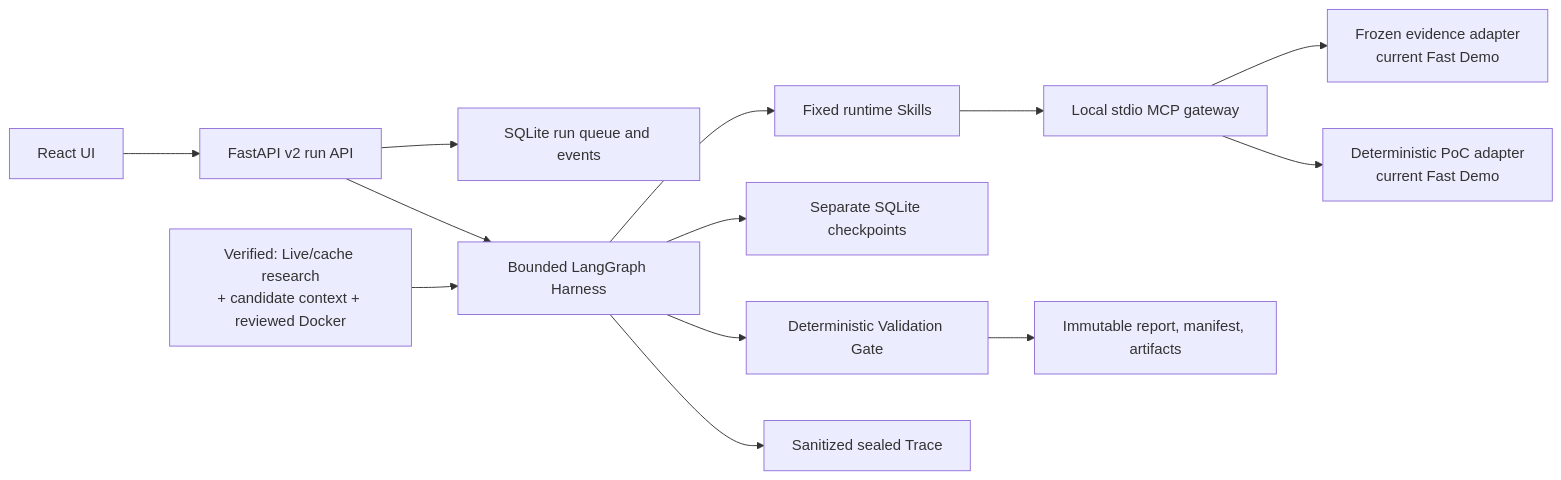
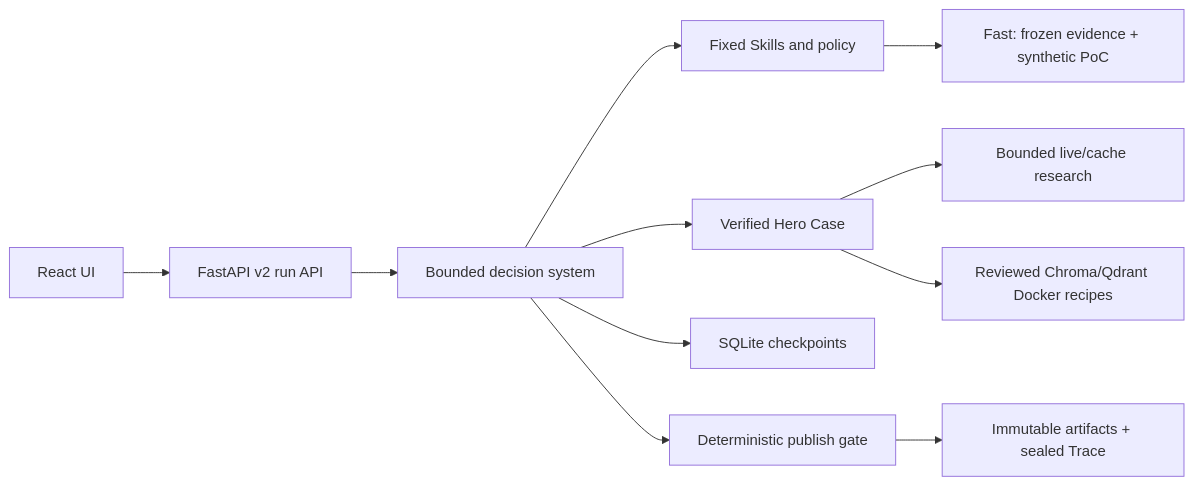
Before and after one commit to bluefateludi/MOMO-Scholar: the diagram in README.md, drawn with Mermaid. The commit also changed other lines of this file and 22 other files, not shown here.

````diff
--- a/README.md
+++ b/README.md
@@ -48,15 +63,13 @@
 ```mermaid
 flowchart LR
     UI["React UI"] --> API["FastAPI v2 run API"]
-    API --> Q["SQLite run queue and events"]
-    API --> H["Bounded LangGraph Harness"]
-    H --> SK["Fixed runtime Skills"]
-    SK --> MCP["Local stdio MCP gateway"]
-    MCP --> FE["Frozen evidence adapter\ncurrent Fast Demo"]
-    MCP --> FP["Deterministic PoC adapter\ncurrent Fast Demo"]
-    H --> CP["Separate SQLite checkpoints"]
-    H --> VG["Deterministic Validation Gate"]
-    VG --> AR["Immutable report, manifest, artifacts"]
-    H --> TR["Sanitized sealed Trace"]
-    LIVE["Verified: Live/cache research\n+ candidate context + reviewed Docker"] --> H
+    API --> H["Bounded decision system"]
+    H --> SK["Fixed Skills and policy"]
+    SK --> FAST["Fast: frozen evidence + synthetic PoC"]
+    H --> VERIFIED["Verified Hero Case"]
+    VERIFIED --> LIVE["Bounded live/cache research"]
+    VERIFIED --> DOCKER["Reviewed Chroma/Qdrant Docker recipes"]
+    H --> CP["SQLite checkpoints"]
+    H --> GATE["Deterministic publish gate"]
+    GATE --> ART["Immutable artifacts + sealed Trace"]
 ```
````
